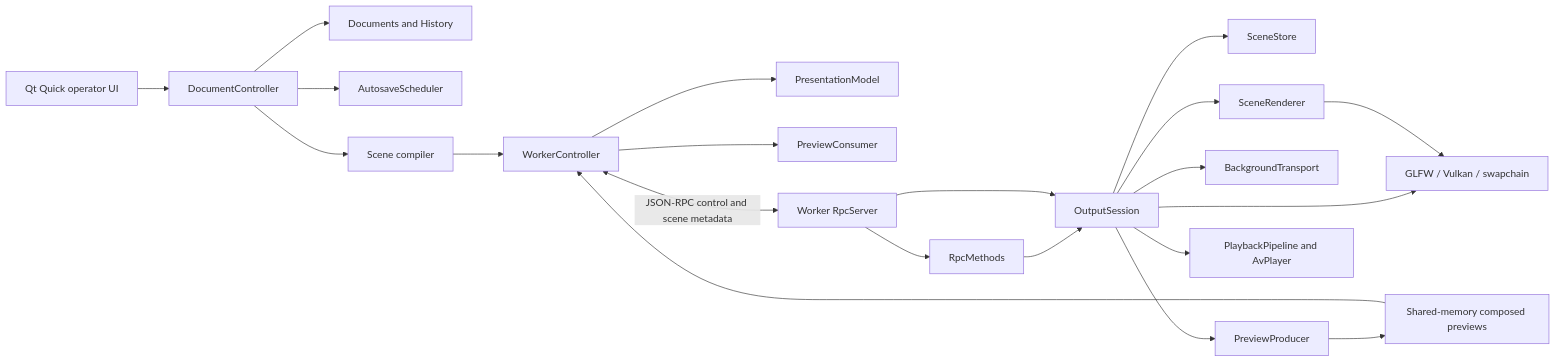
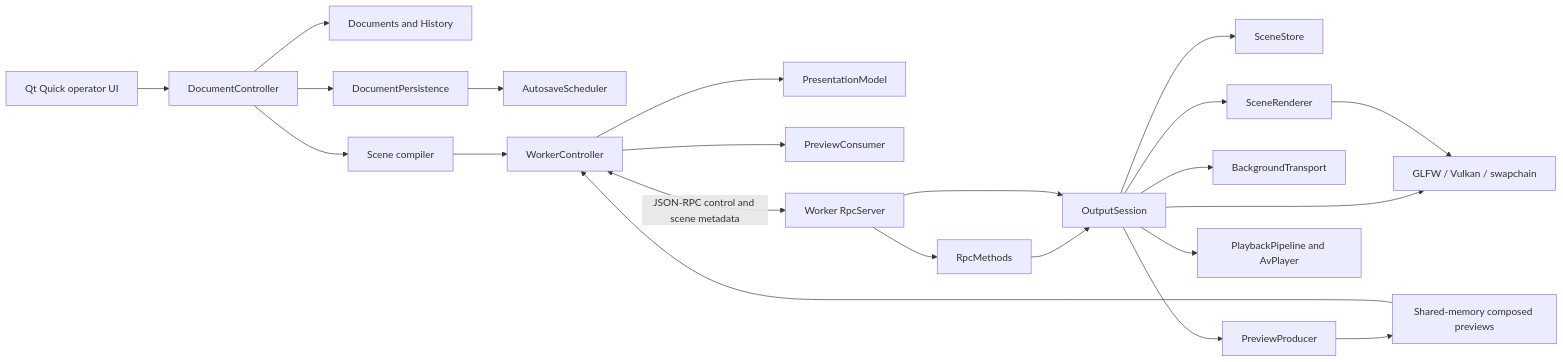
The diagram in docs/architecture.md (dattrax/OpenShowQt), drawn with Mermaid before and after one commit. The commit also changed other lines of this file and 7 other files, not shown here.

````diff
--- a/docs/architecture.md
+++ b/docs/architecture.md
@@ -12,23 +12,24 @@
 ```mermaid
 flowchart LR
     QML[Qt Quick operator UI] --> DC[DocumentController]
     DC --> D[Documents and History]
-    DC --> AS[AutosaveScheduler]
+    DC --> DP[DocumentPersistence]
+    DP --> AS[AutosaveScheduler]
     DC --> SC[Scene compiler]
     SC --> WC[WorkerController]
     WC --> PM[PresentationModel]
     WC --> PC[PreviewConsumer]
     WC <-->|JSON-RPC control and scene metadata| RPC[Worker RpcServer]
     RPC --> MT[RpcMethods]
     MT --> OS[OutputSession]
     RPC --> OS[OutputSession]
     OS --> SS[SceneStore]
     OS --> PP[PreviewProducer]
     OS --> BT[BackgroundTransport]
     OS --> SR[SceneRenderer]
     OS --> AV[PlaybackPipeline and AvPlayer]
     OS --> GPU[GLFW / Vulkan / swapchain]
     SR --> GPU
     PP --> SHM[Shared-memory composed previews]
     SHM --> WC
 ```
````
